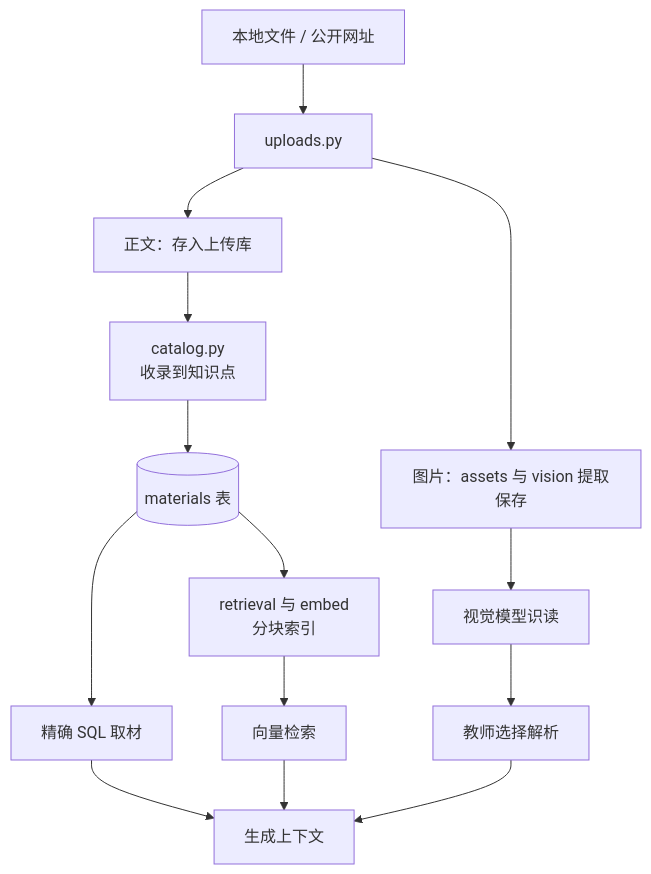
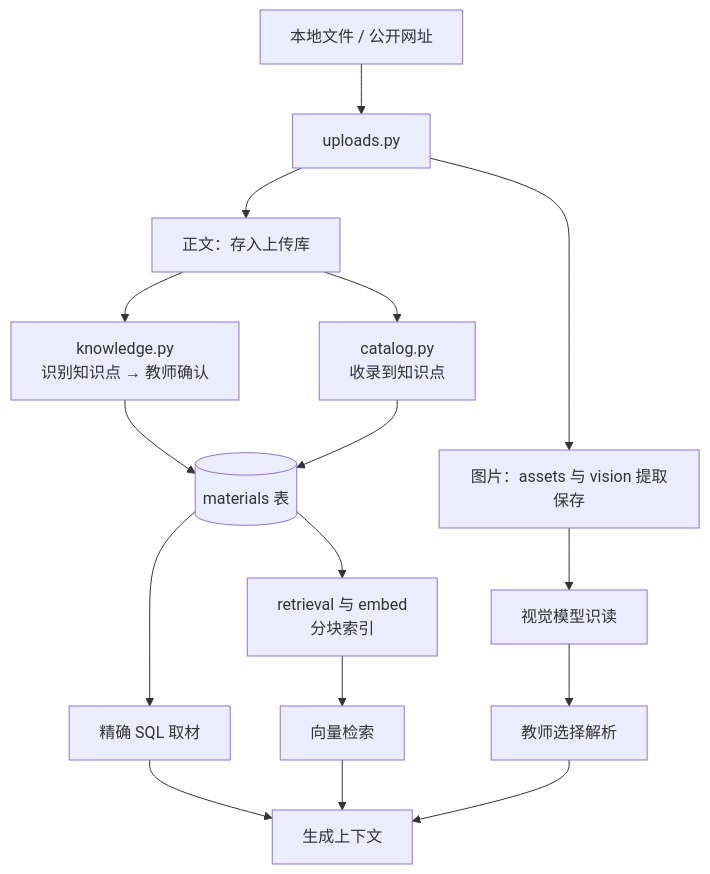
Before and after one commit to qweasdqwe11113-crypto/Personalized-lecture-notes: the fifth of 5 diagrams in project_map.md, drawn with Mermaid. The commit also changed other lines of this file and 49 other files, not shown here.

````diff
--- a/project_map.md
+++ b/project_map.md
@@ -178,16 +180,18 @@
 ```mermaid
 flowchart TD
     F["本地文件 / 公开网址"] --> U["uploads.py"]
     U --> TXT["正文：存入上传库"]
     U --> IMG["图片：assets 与 vision 提取保存"]
+    TXT --> KN["knowledge.py<br/>识别知识点 → 教师确认"]
+    KN --> MT[("materials 表")]
     TXT --> C["catalog.py<br/>收录到知识点"]
-    C --> MT[("materials 表")]
+    C --> MT
     MT --> SQL["精确 SQL 取材"]
     MT --> IDX["retrieval 与 embed<br/>分块索引"]
     IDX --> VS["向量检索"]
     IMG --> VR["视觉模型识读"]
     VR --> SEL["教师选择解析"]
     SQL --> CTX["生成上下文"]
     VS --> CTX
     SEL --> CTX
 ```
````
